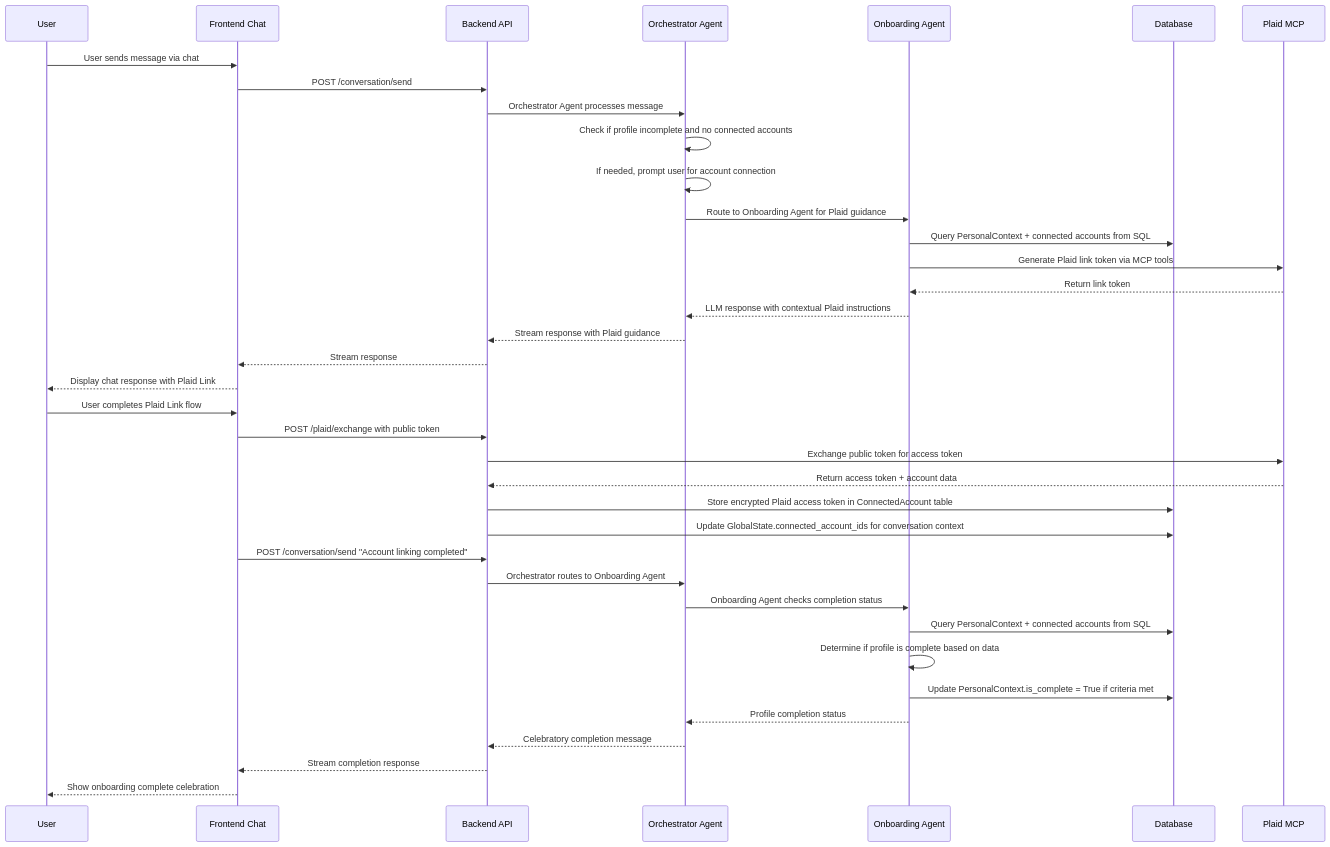
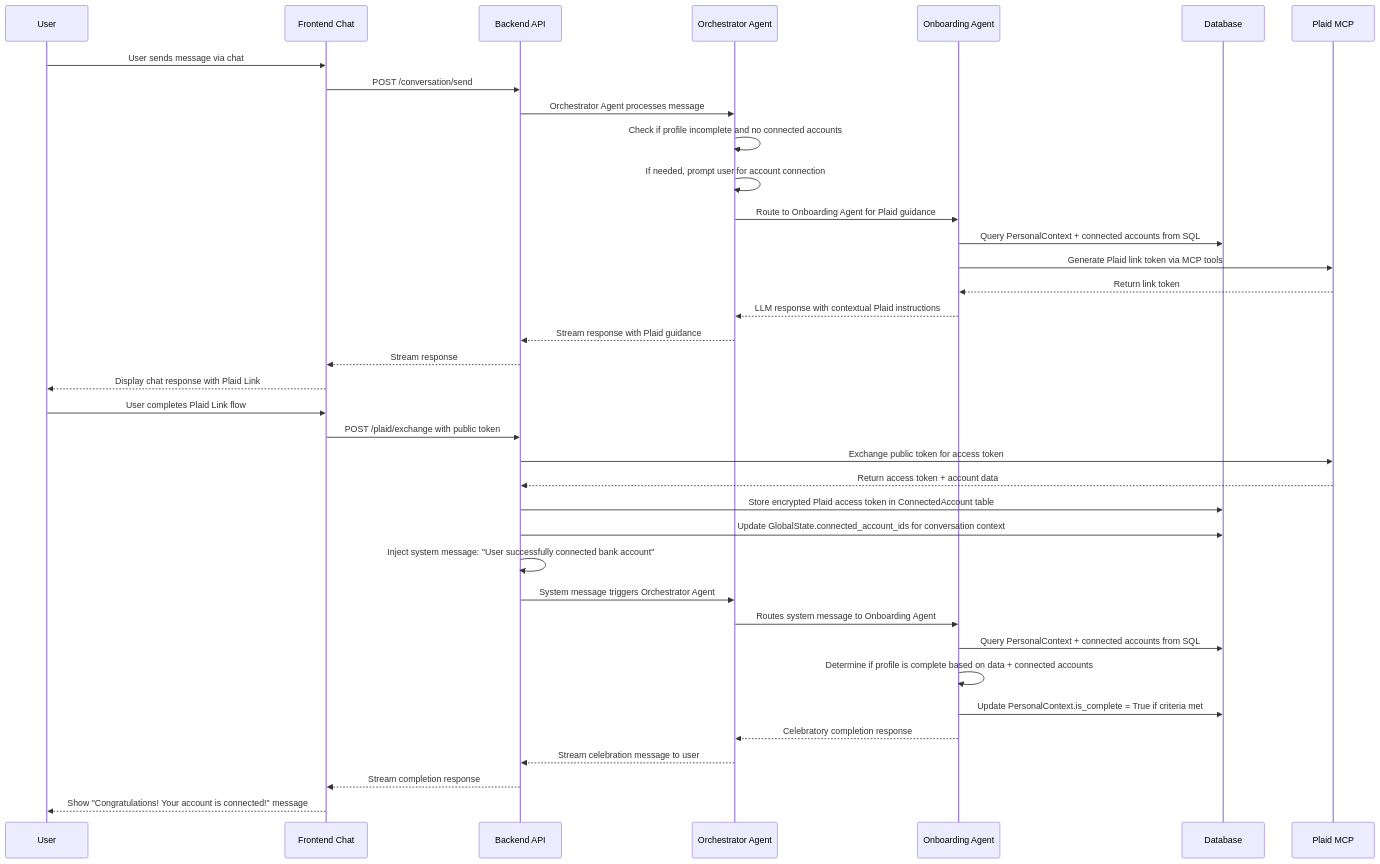
Before and after one commit to FinAssistant/financial-assistant: the diagram in docs/stories/2.1a.story.md, drawn with Mermaid. The commit also changed other lines of this file, not shown here.

Commit message:
Updated story

````diff
--- a/docs/stories/2.1a.story.md
+++ b/docs/stories/2.1a.story.md
@@ -181,40 +189,40 @@
 ```mermaid
 sequenceDiagram
     participant U as User
     participant F as Frontend Chat
     participant B as Backend API
     participant O as Orchestrator Agent
     participant L as Onboarding Agent
     participant DB as Database
     participant P as Plaid MCP
 
     U->>F: User sends message via chat
     F->>B: POST /conversation/send
     B->>O: Orchestrator Agent processes message
     O->>O: Check if profile incomplete and no connected accounts
     O->>O: If needed, prompt user for account connection
     O->>L: Route to Onboarding Agent for Plaid guidance
     L->>DB: Query PersonalContext + connected accounts from SQL
     L->>P: Generate Plaid link token via MCP tools
     P-->>L: Return link token
     L-->>O: LLM response with contextual Plaid instructions
     O-->>B: Stream response with Plaid guidance
     B-->>F: Stream response
     F-->>U: Display chat response with Plaid Link
     U->>F: User completes Plaid Link flow
     F->>B: POST /plaid/exchange with public token
     B->>P: Exchange public token for access token
     P-->>B: Return access token + account data
     B->>DB: Store encrypted Plaid access token in ConnectedAccount table
     B->>DB: Update GlobalState.connected_account_ids for conversation context
-    F->>B: POST /conversation/send "Account linking completed"
-    B->>O: Orchestrator routes to Onboarding Agent
-    O->>L: Onboarding Agent checks completion status
+    B->>B: Inject system message: "User successfully connected bank account"
+    B->>O: System message triggers Orchestrator Agent
+    O->>L: Routes system message to Onboarding Agent
     L->>DB: Query PersonalContext + connected accounts from SQL
-    L->>L: Determine if profile is complete based on data
+    L->>L: Determine if profile is complete based on data + connected accounts
     L->>DB: Update PersonalContext.is_complete = True if criteria met
-    L-->>O: Profile completion status
-    O-->>B: Celebratory completion message
+    L-->>O: Celebratory completion response
+    O-->>B: Stream celebration message to user
     B-->>F: Stream completion response
-    F-->>U: Show onboarding complete celebration
+    F-->>U: Show "Congratulations! Your account is connected!" message
 ```
````
